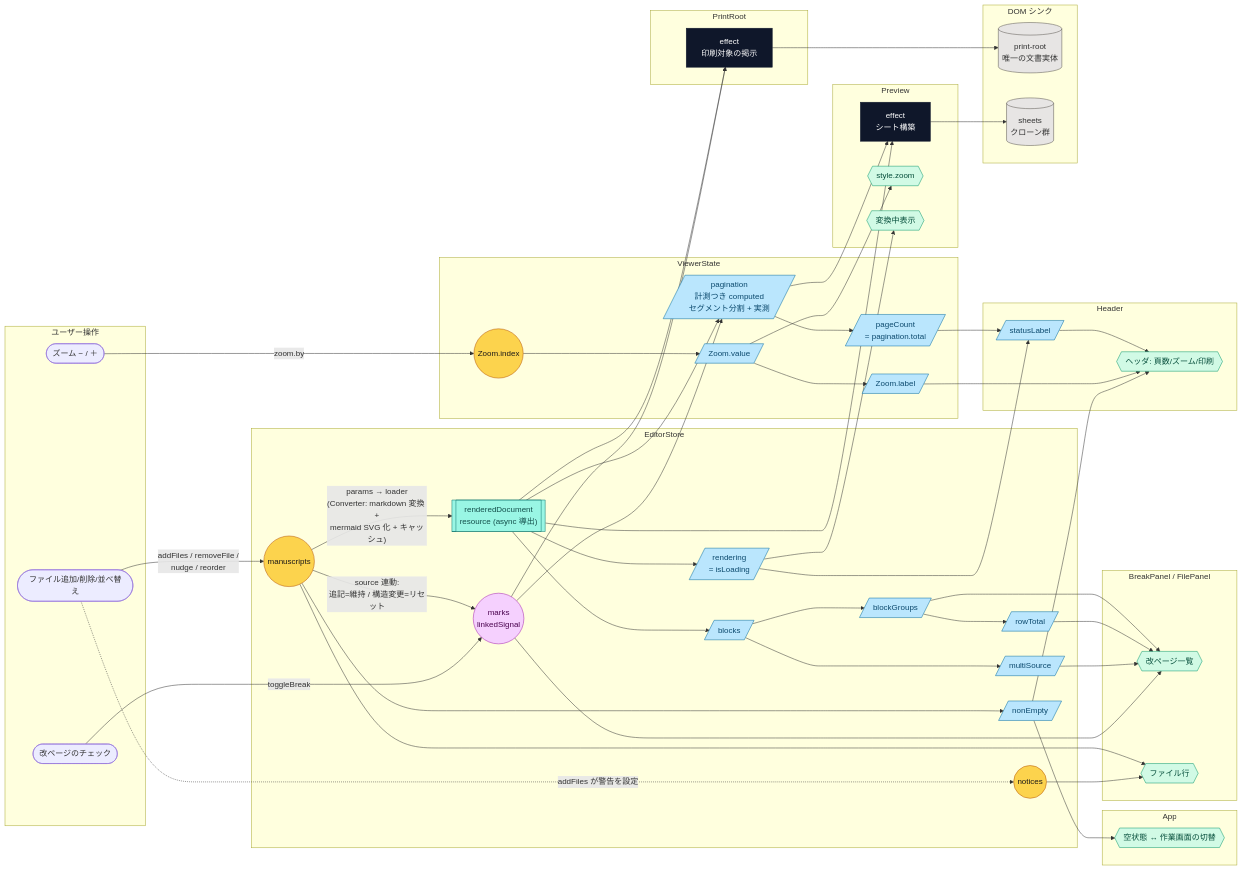
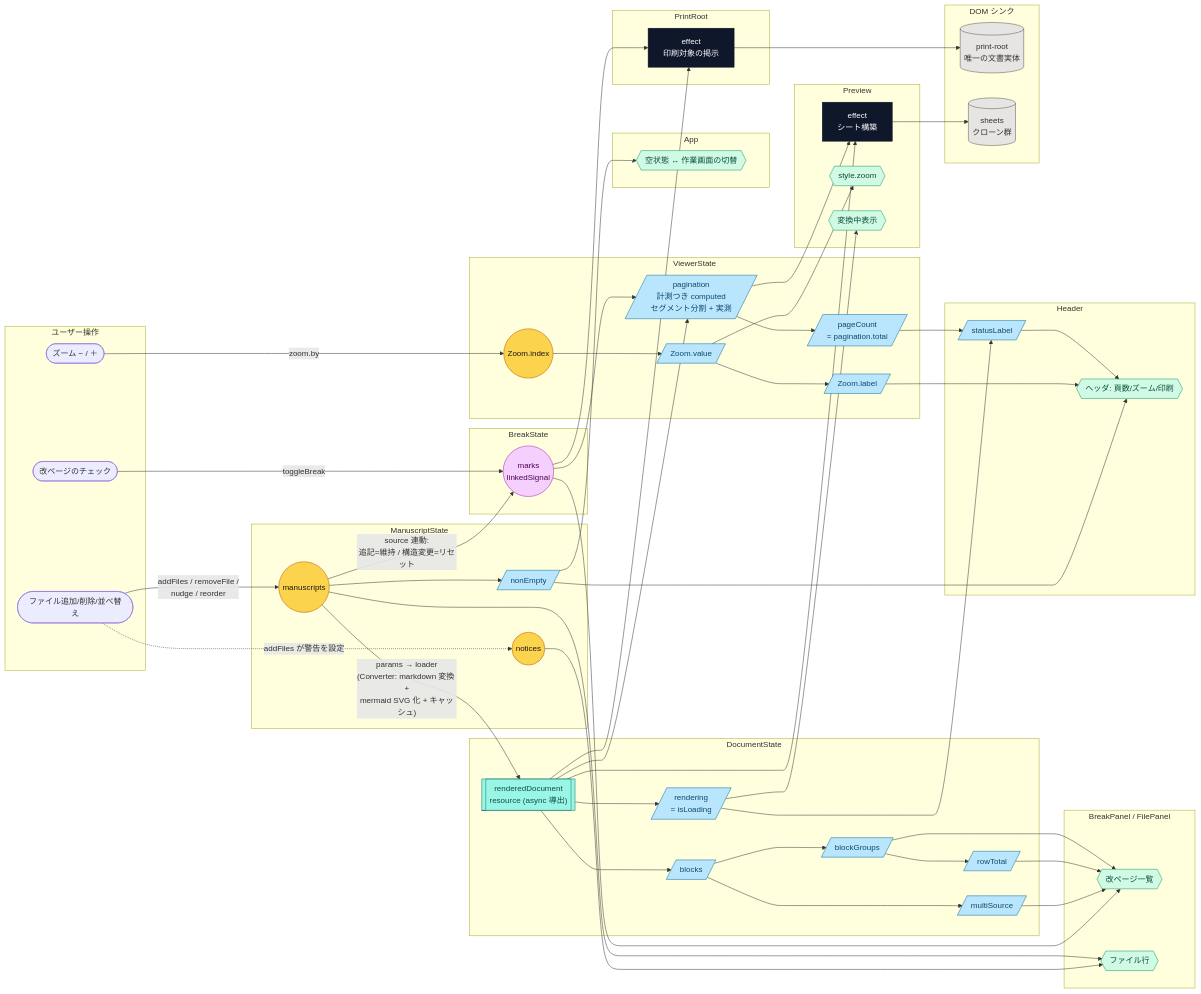
Before and after one commit to lacolaco/printmd: the diagram in docs/signal-graph.md, drawn with Mermaid. The commit also changed other lines of this file and 33 other files, not shown here.

First line of the commit message:
fix: EditorStore を責務ごとの状態へ分割し、state には状態だけを置く

```diff
--- a/docs/signal-graph.md
+++ b/docs/signal-graph.md
@@ -17,13 +17,19 @@
     A3([ズーム − / ＋])
   end
 
-  subgraph Store["EditorStore"]
+  subgraph Manuscripts["ManuscriptState"]
     S1((manuscripts))
+    S5((notices))
+    C1[/nonEmpty/]
+  end
+
+  subgraph Breaks["BreakState"]
     S2((marks<br/>linkedSignal))
+  end
+
+  subgraph Documents["DocumentState"]
     S4[["renderedDocument<br/>resource (async 導出)"]]
     S3[/rendering<br/>= isLoading/]
-    S5((notices))
-    C1[/nonEmpty/]
     C2[/blocks/]
     C3[/blockGroups/]
     C4[/rowTotal/]
```
